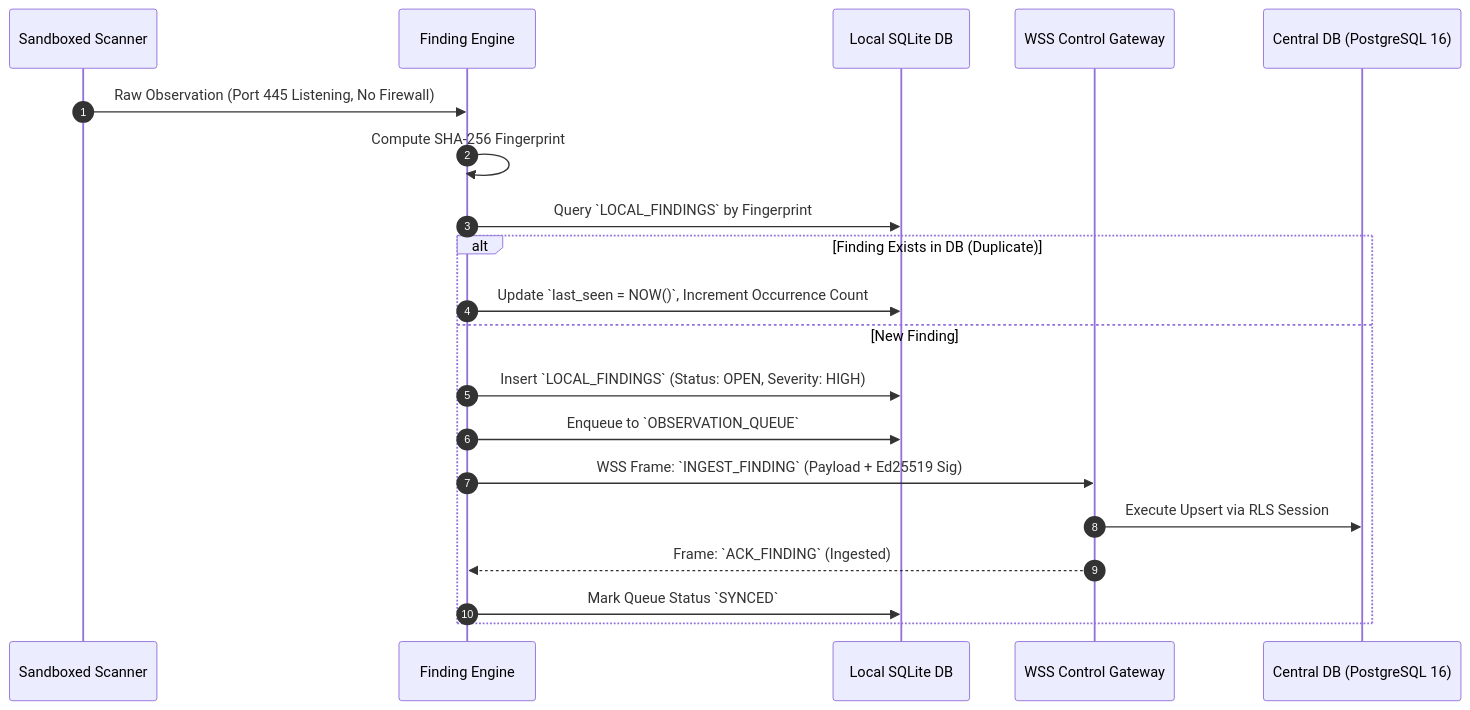
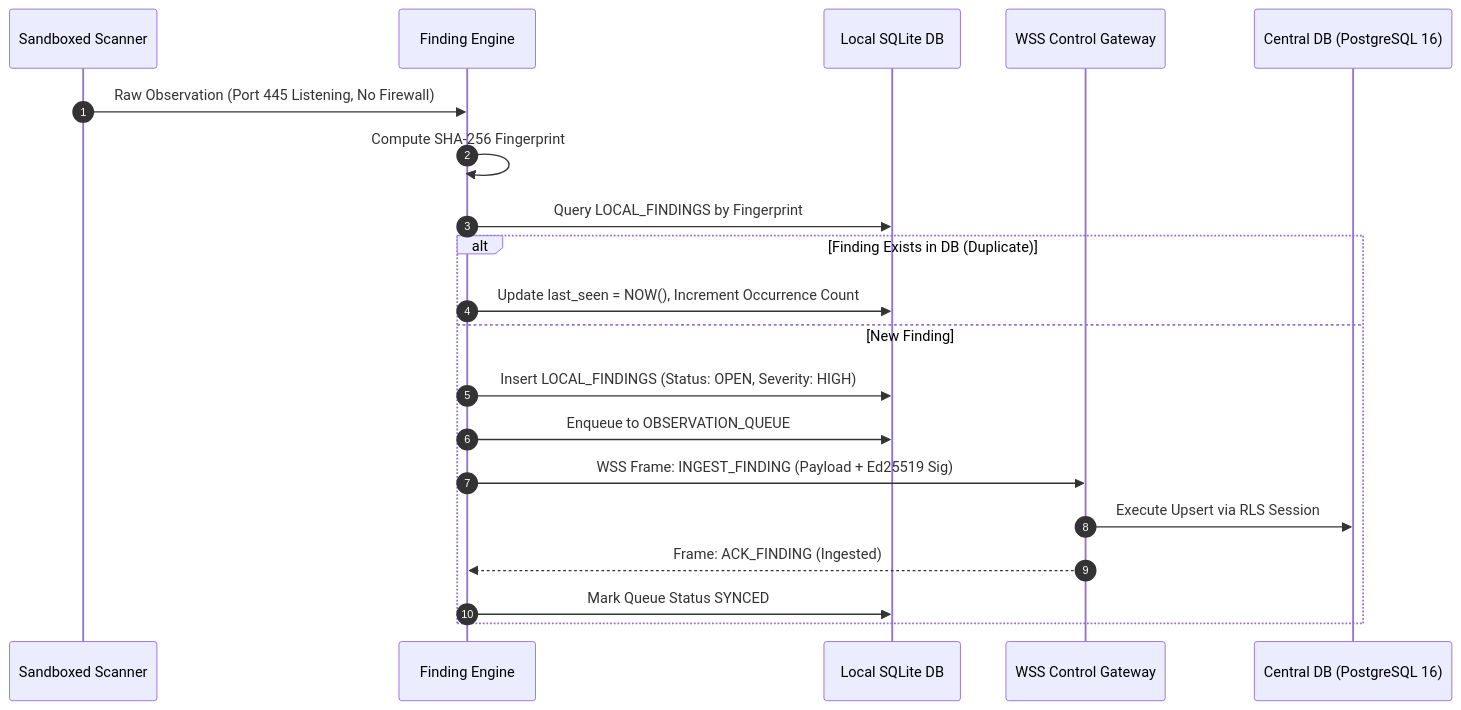
Diagram 13 of 13 in docs/SYSTEM_DESIGN.md (Subhadip-Paul2006/NETRA-Backend), drawn with Mermaid before and after one commit. The commit also changed other lines of this file and 14 other files, not shown here.

Commit message:
fix(docs): resolve GitHub Mermaid diagram lexical errors and KaTeX math formatting across all specifications

````diff
--- a/docs/SYSTEM_DESIGN.md
+++ b/docs/SYSTEM_DESIGN.md
@@ -418,23 +418,23 @@
 ```mermaid
 sequenceDiagram
     autonumber
     participant Scanner as Sandboxed Scanner
     participant Engine as Finding Engine
     participant SQLite as Local SQLite DB
     participant Gateway as WSS Control Gateway
     participant Postgres as Central DB (PostgreSQL 16)
 
     Scanner->>Engine: Raw Observation (Port 445 Listening, No Firewall)
     Engine->>Engine: Compute SHA-256 Fingerprint
-    Engine->>SQLite: Query `LOCAL_FINDINGS` by Fingerprint
+    Engine->>SQLite: Query LOCAL_FINDINGS by Fingerprint
     alt Finding Exists in DB (Duplicate)
-        Engine->>SQLite: Update `last_seen = NOW()`, Increment Occurrence Count
+        Engine->>SQLite: Update last_seen = NOW(), Increment Occurrence Count
     else New Finding
-        Engine->>SQLite: Insert `LOCAL_FINDINGS` (Status: OPEN, Severity: HIGH)
-        Engine->>SQLite: Enqueue to `OBSERVATION_QUEUE`
-        Engine->>Gateway: WSS Frame: `INGEST_FINDING` (Payload + Ed25519 Sig)
+        Engine->>SQLite: Insert LOCAL_FINDINGS (Status: OPEN, Severity: HIGH)
+        Engine->>SQLite: Enqueue to OBSERVATION_QUEUE
+        Engine->>Gateway: WSS Frame: INGEST_FINDING (Payload + Ed25519 Sig)
         Gateway->>Postgres: Execute Upsert via RLS Session
-        Gateway-->>Engine: Frame: `ACK_FINDING` (Ingested)
-        Engine->>SQLite: Mark Queue Status `SYNCED`
+        Gateway-->>Engine: Frame: ACK_FINDING (Ingested)
+        Engine->>SQLite: Mark Queue Status SYNCED
     end
 ```
````
